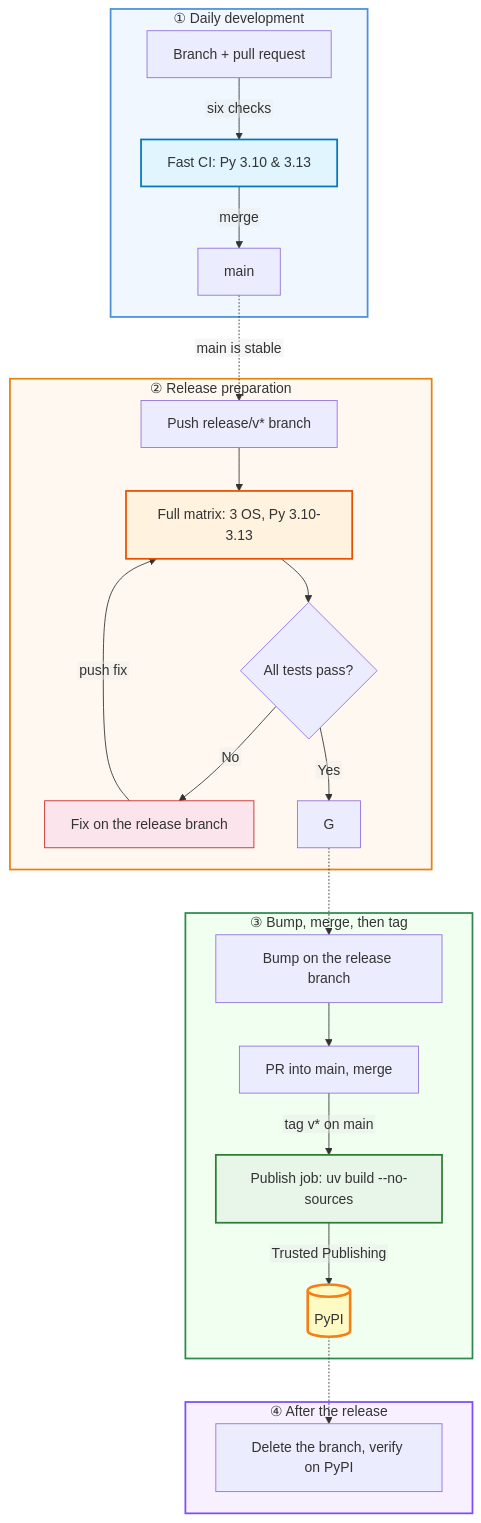
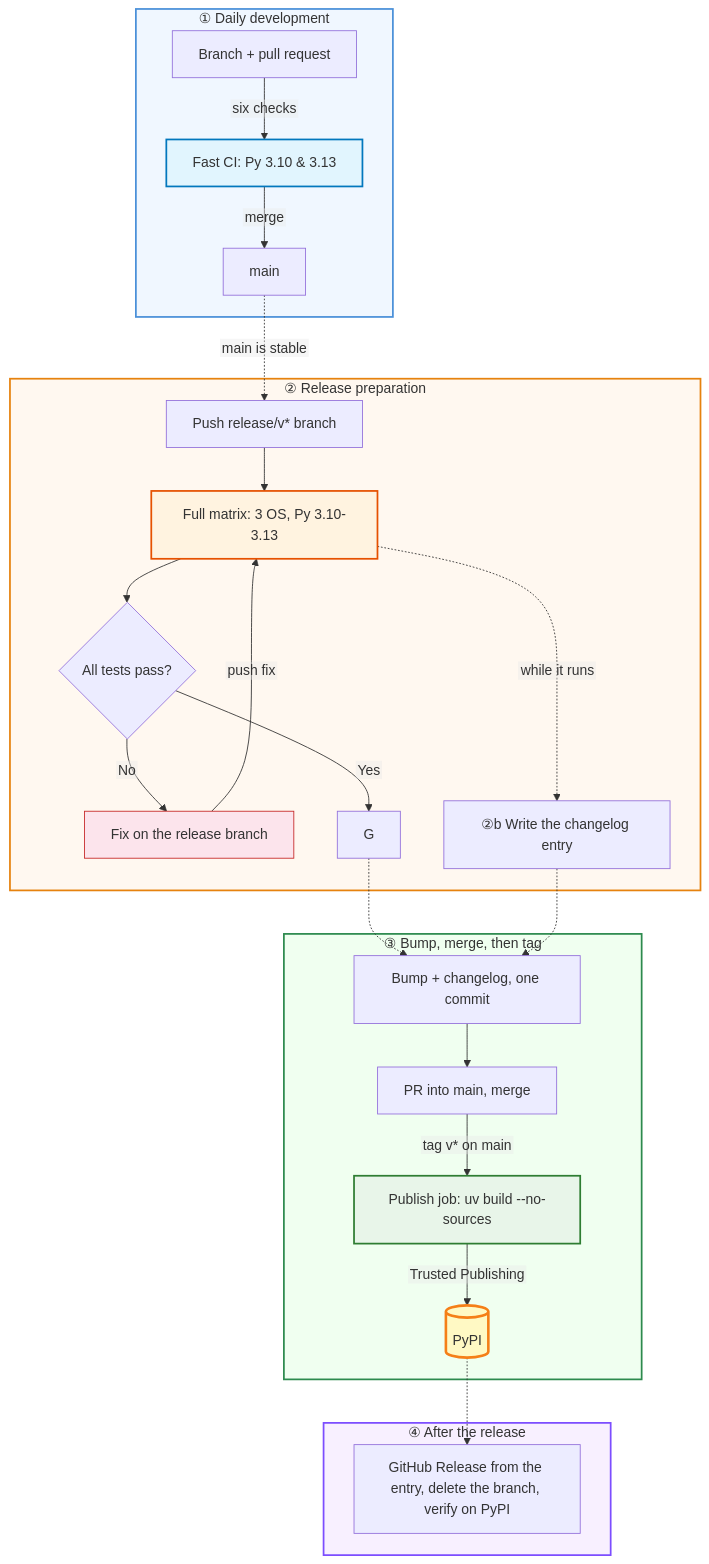
Before and after one commit to andrewendlinger/xmris: the diagram in docs/contribute/publishing.md, drawn with Mermaid. The commit also changed other lines of this file and 15 other files, not shown here.

````diff
--- a/docs/contribute/publishing.md
+++ b/docs/contribute/publishing.md
@@ -122,43 +163,45 @@
 ```{mermaid}
 %%{init: {'flowchart': {'htmlLabels': false}}}%%
 flowchart TD
     subgraph dev ["① Daily development"]
         A["Branch + pull request"] -->|"six checks"| B["Fast CI: Py 3.10 & 3.13"]
         B -->|"merge"| MAIN["main"]
     end
 
     MAIN -.->|"main is stable"| C
 
     subgraph release ["② Release preparation"]
         C["Push release/v* branch"] --> D["Full matrix: 3 OS, Py 3.10-3.13"]
         D --> E{"All tests pass?"}
         E -->|"No"| F["Fix on the release branch"]
         F -->|"push fix"| D
         E -->|"Yes"| G
+        D -.->|"while it runs"| CL["②b Write the changelog entry"]
     end
 
     G -.-> H
+    CL -.-> H
 
     subgraph publish ["③ Bump, merge, then tag"]
-        H["Bump on the release branch"] --> I["PR into main, merge"]
+        H["Bump + changelog, one commit"] --> I["PR into main, merge"]
         I -->|"tag v* on main"| J["Publish job: uv build --no-sources"]
         J -->|"Trusted Publishing"| K[("PyPI")]
     end
 
     K -.-> L
 
     subgraph after ["④ After the release"]
-        L["Delete the branch, verify on PyPI"]
+        L["GitHub Release from the entry, delete the branch, verify on PyPI"]
     end
 
     style dev fill:#f0f7ff,stroke:#4a90d9,stroke-width:2px,color:#1a1a1a
     style release fill:#fff8f0,stroke:#e6820e,stroke-width:2px,color:#1a1a1a
     style publish fill:#f0fff0,stroke:#2d8a4e,stroke-width:2px,color:#1a1a1a
     style after fill:#f8f0ff,stroke:#7c4dff,stroke-width:2px,color:#1a1a1a
 
     style B fill:#e1f5fe,stroke:#0277bd,stroke-width:2px
     style D fill:#fff3e0,stroke:#e65100,stroke-width:2px
     style F fill:#fce4ec,stroke:#c62828
     style J fill:#e8f5e9,stroke:#2e7d32,stroke-width:2px
     style K fill:#fff9c4,stroke:#f57f17,stroke-width:3px
 ```
````
